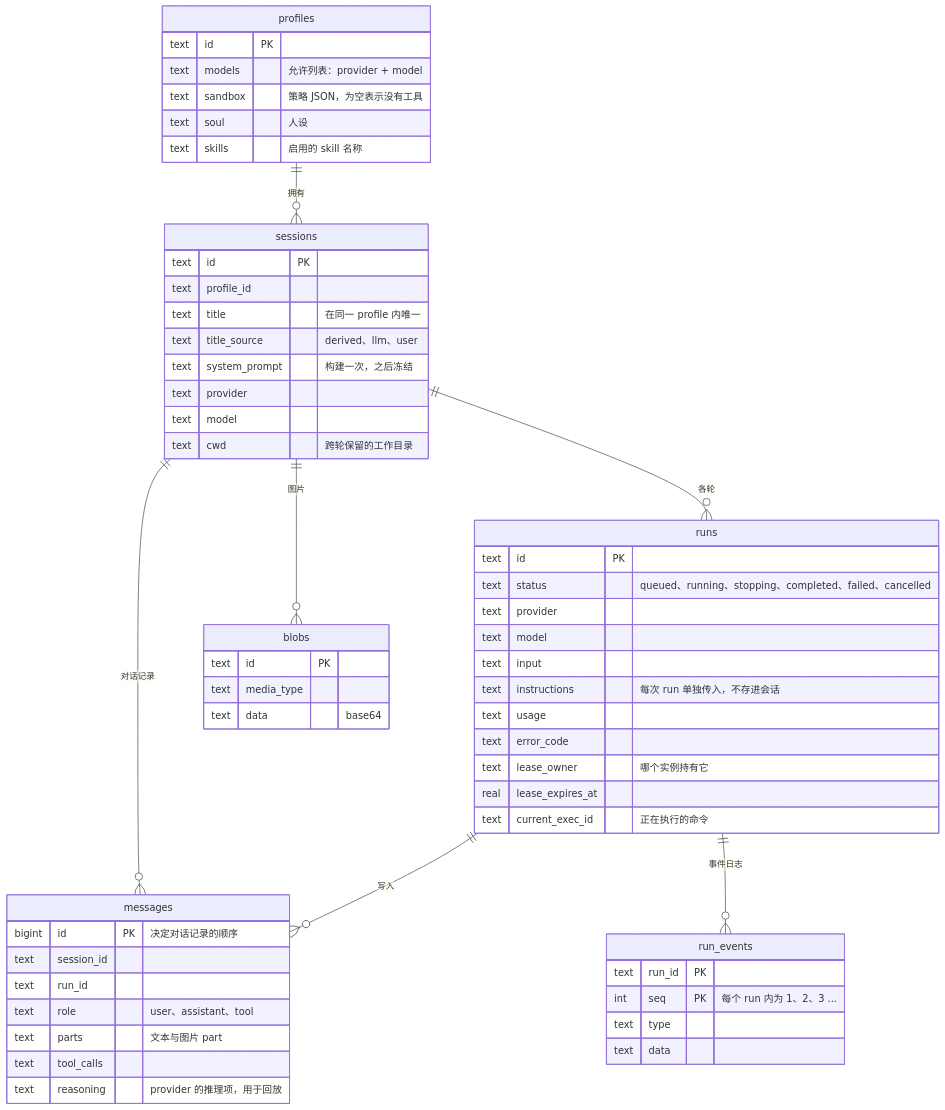
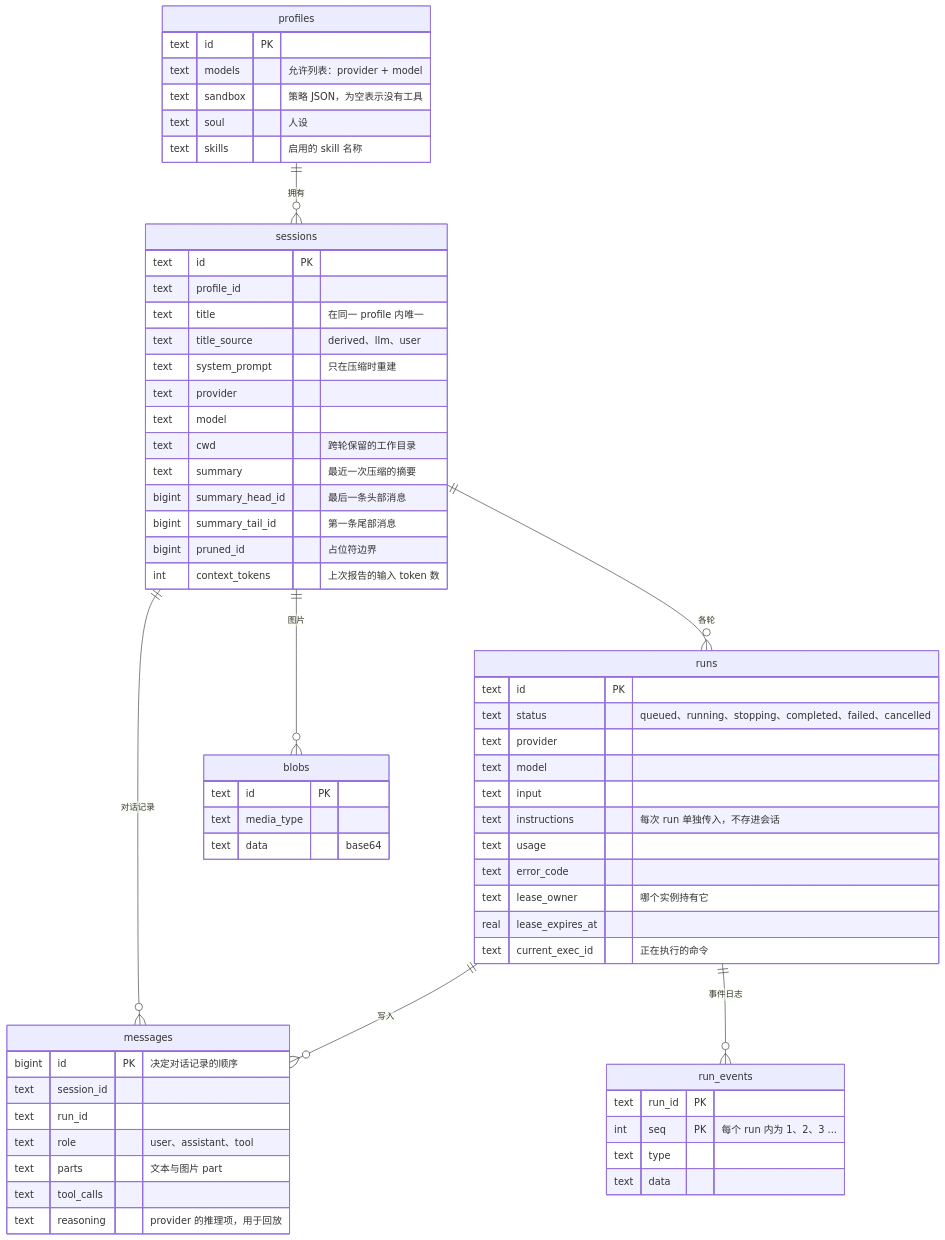
The second of 9 diagrams in docs/architecture_zh.md (ryang420/agent-keel), drawn with Mermaid before and after one commit. The commit also changed other lines of this file and 5 other files, not shown here.

````diff
--- a/docs/architecture_zh.md
+++ b/docs/architecture_zh.md
@@ -91,60 +92,65 @@
 ```mermaid
 erDiagram
     profiles ||--o{ sessions : "拥有"
     sessions ||--o{ messages : "对话记录"
     sessions ||--o{ runs : "各轮"
     sessions ||--o{ blobs : "图片"
     runs ||--o{ run_events : "事件日志"
     runs ||--o{ messages : "写入"
 
     profiles {
         text id PK
         text models "允许列表：provider + model"
         text sandbox "策略 JSON，为空表示没有工具"
         text soul "人设"
         text skills "启用的 skill 名称"
     }
     sessions {
         text id PK
         text profile_id
         text title "在同一 profile 内唯一"
         text title_source "derived、llm、user"
-        text system_prompt "构建一次，之后冻结"
+        text system_prompt "只在压缩时重建"
         text provider
         text model
         text cwd "跨轮保留的工作目录"
+        text summary "最近一次压缩的摘要"
+        bigint summary_head_id "最后一条头部消息"
+        bigint summary_tail_id "第一条尾部消息"
+        bigint pruned_id "占位符边界"
+        int context_tokens "上次报告的输入 token 数"
     }
     messages {
         bigint id PK "决定对话记录的顺序"
         text session_id
         text run_id
         text role "user、assistant、tool"
         text parts "文本与图片 part"
         text tool_calls
         text reasoning "provider 的推理项，用于回放"
     }
     runs {
         text id PK
         text status "queued、running、stopping、completed、failed、cancelled"
         text provider
         text model
         text input
         text instructions "每次 run 单独传入，不存进会话"
         text usage
         text error_code
         text lease_owner "哪个实例持有它"
         real lease_expires_at
         text current_exec_id "正在执行的命令"
     }
     run_events {
         text run_id PK
         int seq PK "每个 run 内为 1、2、3 ..."
         text type
         text data
     }
     blobs {
         text id PK
         text media_type
         text data "base64"
     }
 ```
````
